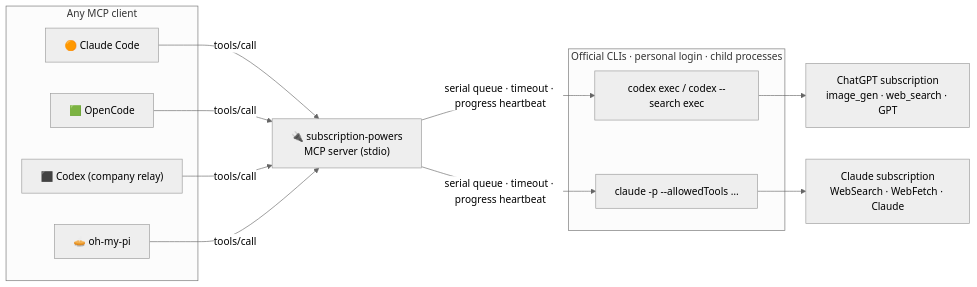
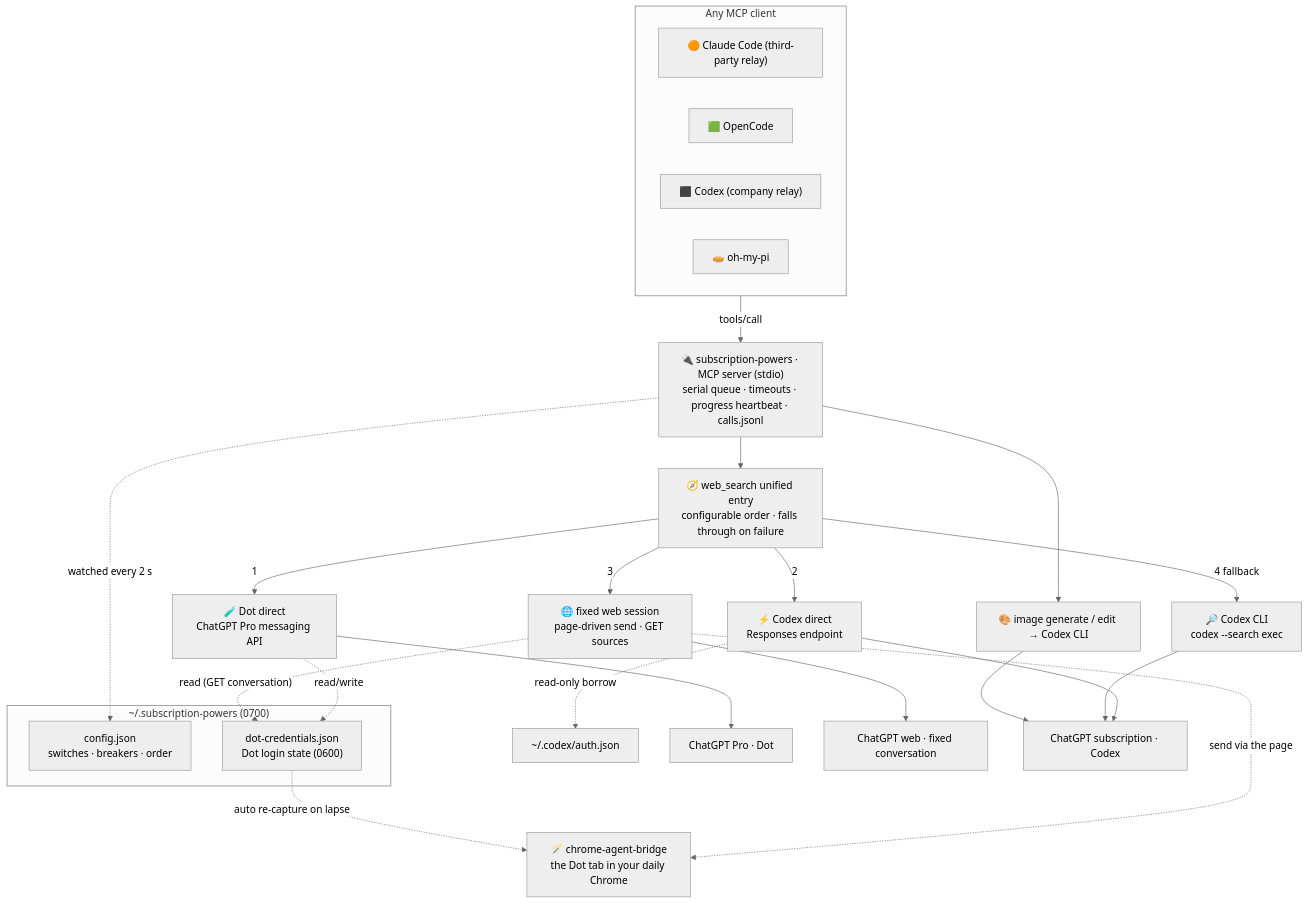
Before and after one commit to we1005/subscription-powers-mcp: the diagram in README.en.md, drawn with Mermaid (neutral theme). The commit also changed other lines of this file and 31 other files, not shown here.

First line of the commit message:
feat: experimental search backends (Dot, Codex direct, fixed ChatGPT web session) + unified web_search

````diff
--- a/README.en.md
+++ b/README.en.md
@@ -59,21 +84,35 @@
 ```mermaid
-flowchart LR
+flowchart TB
     subgraph Agents["Any MCP client"]
-        A1["🟠 Claude Code"]
+        A1["🟠 Claude Code (third-party relay)"]
         A2["🟩 OpenCode"]
         A3["⬛ Codex (company relay)"]
         A4["🥧 oh-my-pi"]
     end
-    S["🔌 subscription-powers<br/>MCP server (stdio)"]
-    subgraph Local["Official CLIs · personal login · child processes"]
-        C1["codex exec / codex --search exec"]
-        C2["claude -p --allowedTools …"]
+    S["🔌 subscription-powers · MCP server (stdio)<br/>serial queue · timeouts · progress heartbeat · calls.jsonl"]
+    Agents -->|tools/call| S
+
+    S --> W["🧭 web_search unified entry<br/>configurable order · falls through on failure"]
+    W -->|1| D["🧪 Dot direct<br/>ChatGPT Pro messaging API"]
+    W -->|2| CA["⚡ Codex direct<br/>Responses endpoint"]
+    W -->|3| WS["🌐 fixed web session<br/>page-driven send · GET sources"]
+    W -->|4 fallback| CC["🔎 Codex CLI<br/>codex --search exec"]
+
+    S --> IMG["🎨 image generate / edit → Codex CLI"]
+
+    subgraph State["~/.subscription-powers (0700)"]
+        CFG["config.json<br/>switches · breakers · order"]
+        CRED["dot-credentials.json<br/>Dot login state (0600)"]
     end
-    U1["ChatGPT subscription<br/>image_gen · web_search · GPT"]
-    U2["Claude subscription<br/>WebSearch · WebFetch · Claude"]
+    D -.read/write.-> CRED
+    WS -.read (GET conversation).-> CRED
+    WS -.send via the page.-> BR
+    S -.watched every 2 s.-> CFG
 
-    A1 & A2 & A3 & A4 -->|tools/call| S
-    S -->|serial queue · timeout · progress heartbeat| C1 & C2
-    C1 --> U1
-    C2 --> U2
+    CA -.read-only borrow.-> AUTH["~/.codex/auth.json"]
+    CRED -.auto re-capture on lapse.-> BR["🪄 chrome-agent-bridge<br/>the Dot tab in your daily Chrome"]
+
+    D --> U1["ChatGPT Pro · Dot"]
+    WS --> U3["ChatGPT web · fixed conversation"]
+    CA & CC & IMG --> U2["ChatGPT subscription · Codex"]
 ```
````
